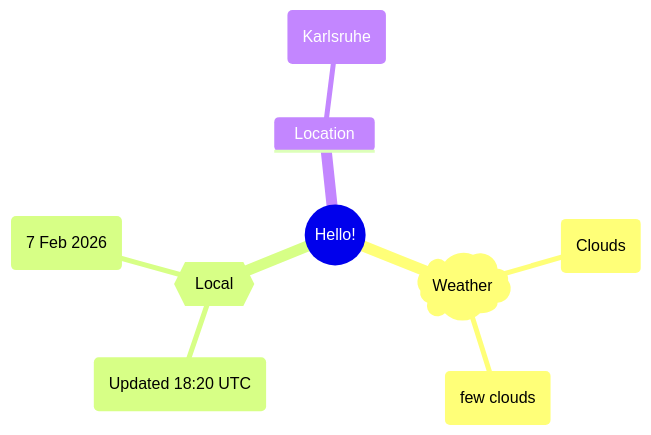
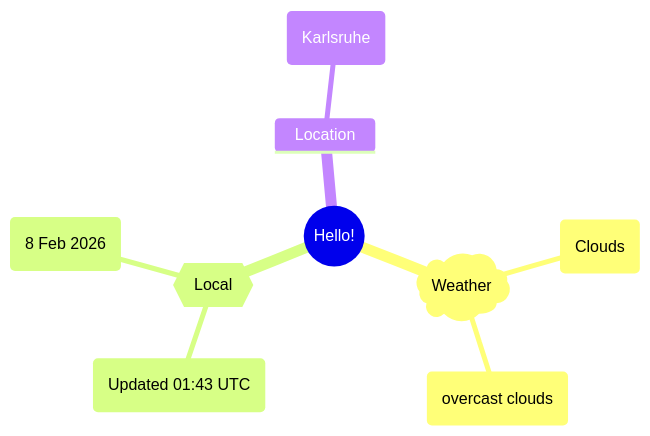
Before and after one commit to Xosrov/Xosrov: the first of 2 diagrams in README.md, drawn with Mermaid.

Commit message:
[bot] updated images

````diff
--- a/README.md
+++ b/README.md
@@ -3,12 +3,12 @@
 ```mermaid
 mindmap
   root((Hello!))
     )Weather(
         (Clouds)
-        (few clouds)
+        (overcast clouds)
     {{Local}}
-        (Updated 18:20 UTC)
-        (7 Feb 2026)
+        (Updated 01:43 UTC)
+        (8 Feb 2026)
     Location
         (Karlsruhe)
 ```
````
